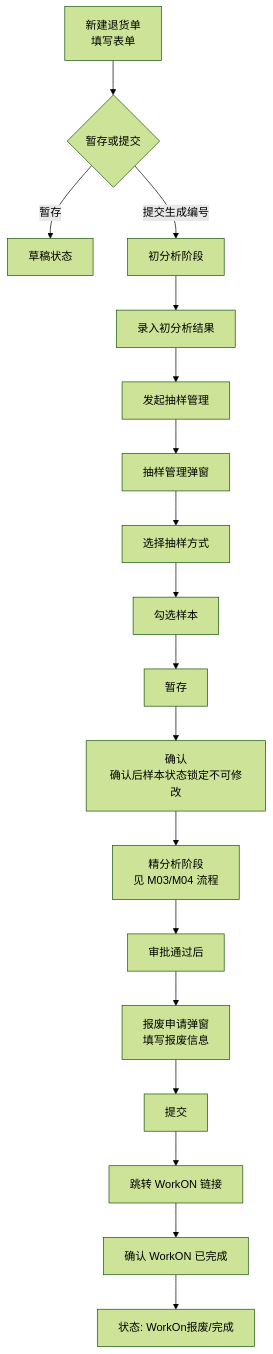
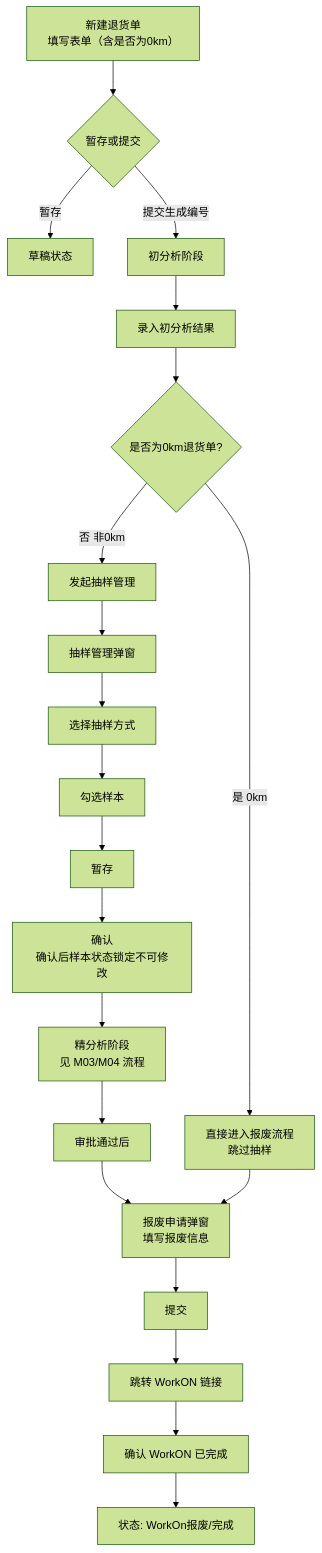
The fourth of 12 diagrams in 01-设计文档/开发设计文档.md (xvfeiran/wfam-doc), drawn with Mermaid (forest theme) before and after one commit. The commit also changed other lines of this file and 2 other files, not shown here.

````diff
--- a/01-设计文档/开发设计文档.md
+++ b/01-设计文档/开发设计文档.md
@@ -306,20 +309,23 @@
 ```mermaid
 flowchart TD
-    Create[新建退货单\n填写表单] --> Choice{暂存或提交}
+    Create[新建退货单\n填写表单（含是否为0km）] --> Choice{暂存或提交}
     Choice -->|暂存| Draft[草稿状态]
     Choice -->|提交生成编号| Initial[初分析阶段]
     Initial --> Record[录入初分析结果]
-    Record --> StartSampling[发起抽样管理]
+    Record --> Check0km{是否为0km退货单?}
+    Check0km -->|是 0km| DirectScrap[直接进入报废流程\n跳过抽样]
+    Check0km -->|否 非0km| StartSampling[发起抽样管理]
     StartSampling --> SamplingDlg[抽样管理弹窗]
     SamplingDlg --> Method[选择抽样方式]
     Method --> SelectParts[勾选样本]
     SelectParts --> SaveDraft[暂存]
     SaveDraft --> Confirm[确认\n确认后样本状态锁定不可修改]
     Confirm --> Detailed[精分析阶段\n见 M03/M04 流程]
     Detailed --> AfterApproval[审批通过后]
     AfterApproval --> ScrapDlg[报废申请弹窗\n填写报废信息]
+    DirectScrap --> ScrapDlg
     ScrapDlg --> Submit[提交]
     Submit --> WorkON[跳转 WorkON 链接]
     WorkON --> ConfirmWorkON[确认 WorkON 已完成]
     ConfirmWorkON --> Done[状态: WorkOn报废/完成]
 ```
````
